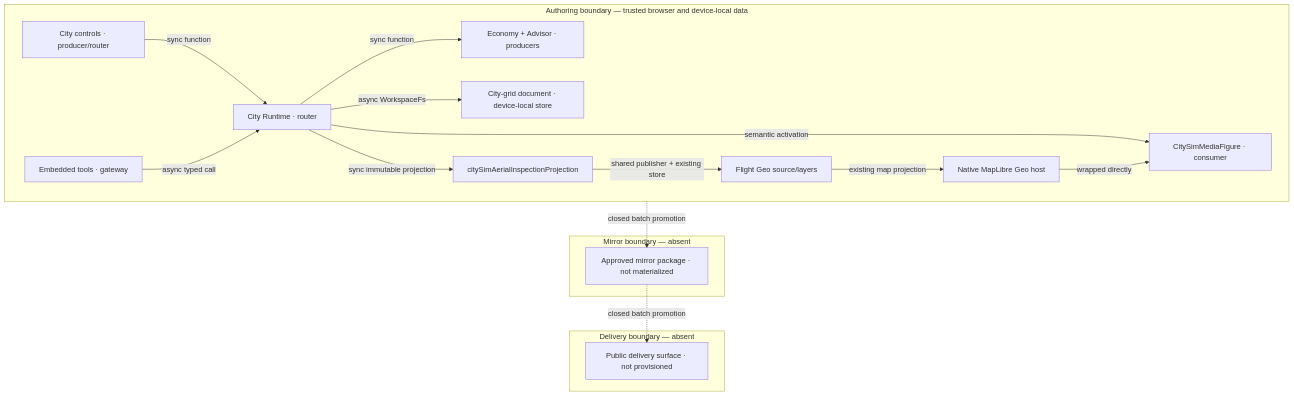
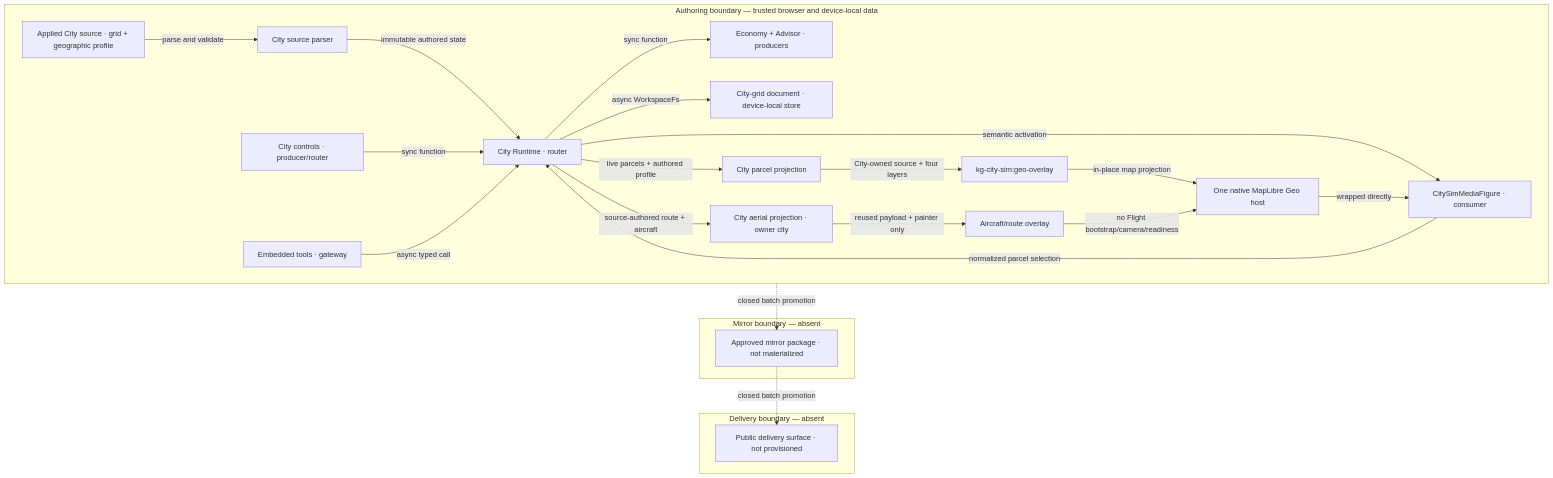
The diagram in docs/documents/knowgrph-game-city-building-sim-rd-tad.md (huijoohwee/agentic-graph), drawn with Mermaid before and after one commit. The commit also changed other lines of this file and 81 other files, not shown here.

Commit message:
Render source-authored City parcels on Geo+XR

````diff
--- a/docs/documents/knowgrph-game-city-building-sim-rd-tad.md
+++ b/docs/documents/knowgrph-game-city-building-sim-rd-tad.md
@@ -340,22 +363,28 @@
 ```mermaid
 flowchart TB
   subgraph A["Authoring boundary — trusted browser and device-local data"]
-    Controls["City controls · producer/router"] -->|sync function| Runtime["City Runtime · router"]
+    Source["Applied City source · grid + geographic profile"] -->|parse and validate| Parser["City source parser"]
+    Parser -->|immutable authored state| Runtime["City Runtime · router"]
+    Controls["City controls · producer/router"] -->|sync function| Runtime
     Tools["Embedded tools · gateway"] -->|async typed call| Runtime
     Runtime -->|sync function| Logic["Economy + Advisor · producers"]
     Runtime -->|async WorkspaceFs| Store["City-grid document · device-local store"]
     Runtime -->|semantic activation| Figure["CitySimMediaFigure · consumer"]
-    Runtime -->|sync immutable projection| Aerial["citySimAerialInspectionProjection"]
-    Aerial -->|shared publisher + existing store| FlightGeo["Flight Geo source/layers"]
-    FlightGeo -->|existing map projection| Geo["Native MapLibre Geo host"]
+    Runtime -->|live parcels + authored profile| CityGeo["City parcel projection"]
+    CityGeo -->|City-owned source + four layers| CityLayers["kg-city-sim:geo-overlay"]
+    CityLayers -->|in-place map projection| Geo["One native MapLibre Geo host"]
+    Runtime -->|source-authored route + aircraft| Aerial["City aerial projection · owner city"]
+    Aerial -->|reused payload + painter only| Aircraft["Aircraft/route overlay"]
+    Aircraft -->|no Flight bootstrap/camera/readiness| Geo
     Geo -->|wrapped directly| Figure
+    Figure -->|normalized parcel selection| Runtime
   end
   subgraph M["Mirror boundary — absent"]
     Mirror["Approved mirror package · not materialized"]
   end
   subgraph D["Delivery boundary — absent"]
     Delivery["Public delivery surface · not provisioned"]
   end
   A -. "closed batch promotion" .-> Mirror
   Mirror -. "closed batch promotion" .-> Delivery
 ```
````
